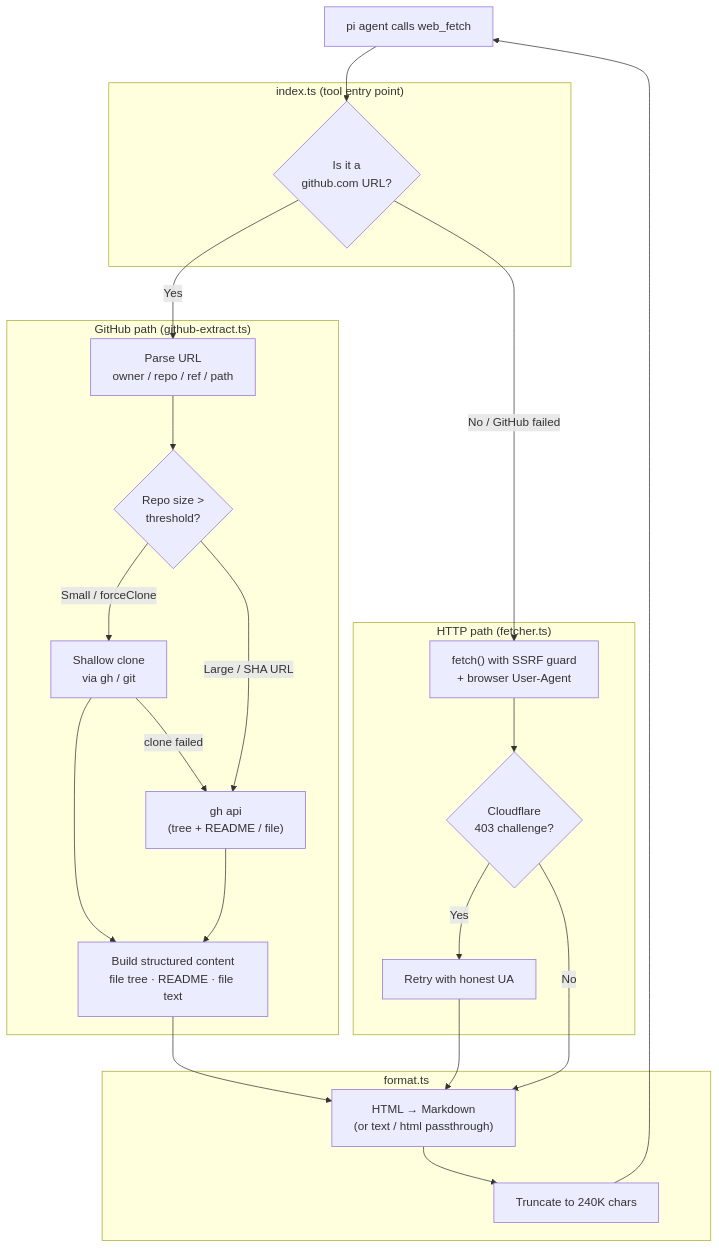
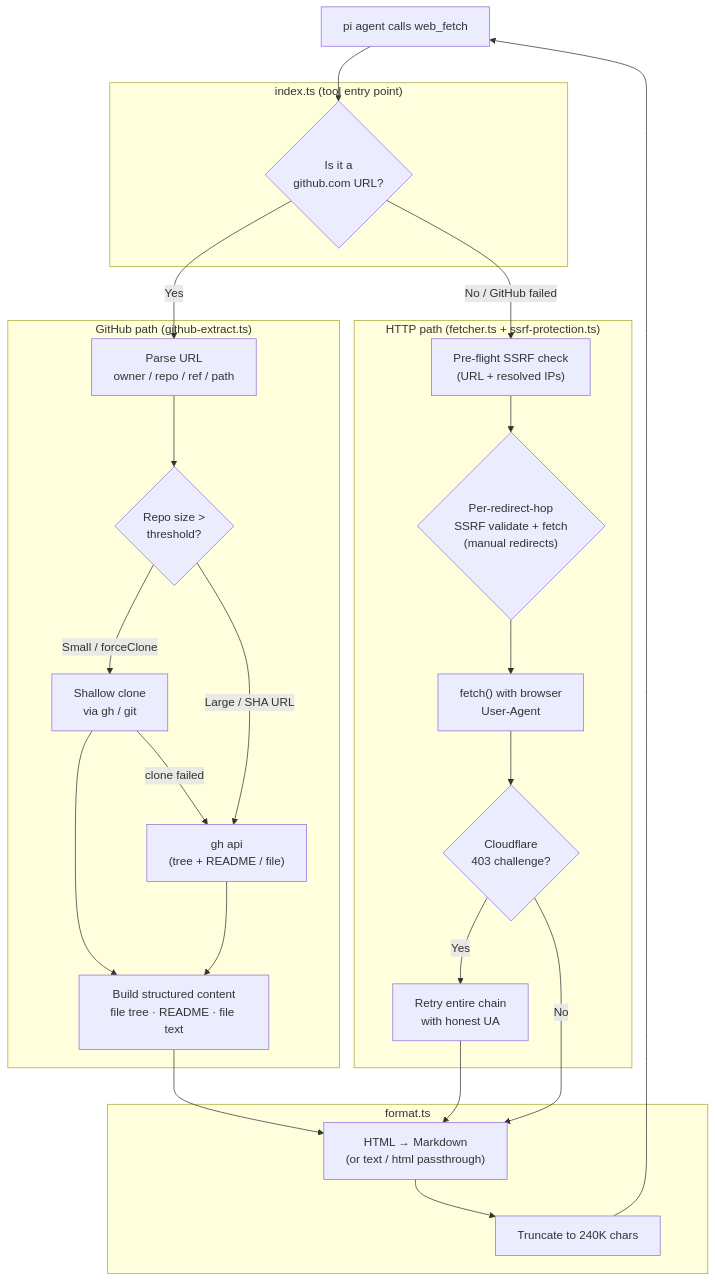
Before and after one commit to leonidgrishenkov/dotfiles: the diagram in pi/.pi/agent/extensions/web-fetch/README.md, drawn with Mermaid. The commit also changed other lines of this file and 3 other files, not shown here.

First line of the commit message:
feat(web-fetch): add DNS-aware SSRF protection with per-hop redirect validation

````diff
--- a/pi/.pi/agent/extensions/web-fetch/README.md
+++ b/pi/.pi/agent/extensions/web-fetch/README.md
@@ -16,44 +16,48 @@
 ```mermaid
 flowchart TD
     Agent["pi agent calls web_fetch"]
 
     subgraph Dispatch["index.ts (tool entry point)"]
         Route{"Is it a\ngithub.com URL?"}
     end
 
     subgraph GitHub["GitHub path (github-extract.ts)"]
         Parse["Parse URL\nowner / repo / ref / path"]
         SizeCheck{"Repo size >\nthreshold?"}
         Clone["Shallow clone\nvia gh / git"]
         ApiFallback["gh api\n(tree + README / file)"]
         GenContent["Build structured content\nfile tree · README · file text"]
     end
 
-    subgraph HTTP["HTTP path (fetcher.ts)"]
-        Fetch["fetch() with SSRF guard\n+ browser User-Agent"]
+    subgraph HTTP["HTTP path (fetcher.ts + ssrf-protection.ts)"]
+        Preflight["Pre-flight SSRF check\n(URL + resolved IPs)"]
+        FetchLoop{"Per-redirect-hop\nSSRF validate + fetch\n(manual redirects)"}
+        Fetch["fetch() with browser\nUser-Agent"]
         Cloudflare{"Cloudflare\n403 challenge?"}
-        Retry["Retry with honest UA"]
+        Retry["Retry entire chain\nwith honest UA"]
     end
 
     subgraph Format["format.ts"]
         Convert["HTML → Markdown\n(or text / html passthrough)"]
         Truncate["Truncate to 240K chars"]
     end
 
     Agent --> Route
     Route -- "Yes" --> Parse
     Parse --> SizeCheck
     SizeCheck -- "Small / forceClone" --> Clone
     SizeCheck -- "Large / SHA URL" --> ApiFallback
     Clone --> GenContent
     ApiFallback --> GenContent
     Clone -- "clone failed" --> ApiFallback
-    Route -- "No / GitHub failed" --> Fetch
+    Route -- "No / GitHub failed" --> Preflight
+    Preflight --> FetchLoop
+    FetchLoop --> Fetch
     Fetch --> Cloudflare
     Cloudflare -- "Yes" --> Retry
     Cloudflare -- "No" --> Convert
     Retry --> Convert
     GenContent --> Convert
     Convert --> Truncate
     Truncate --> Agent
 ```
````
